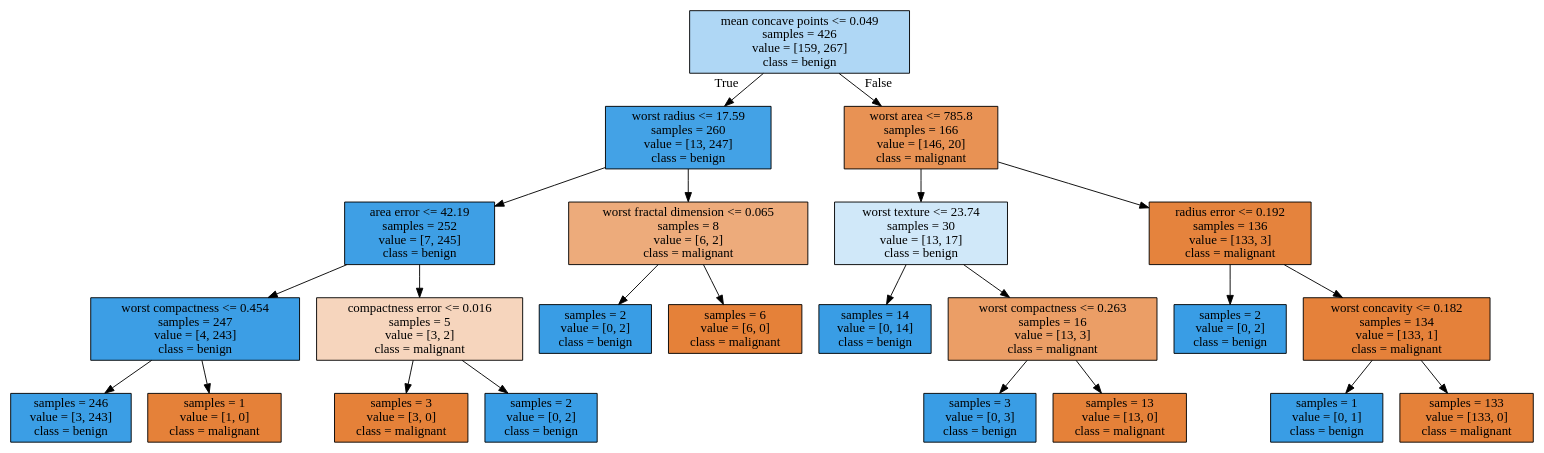
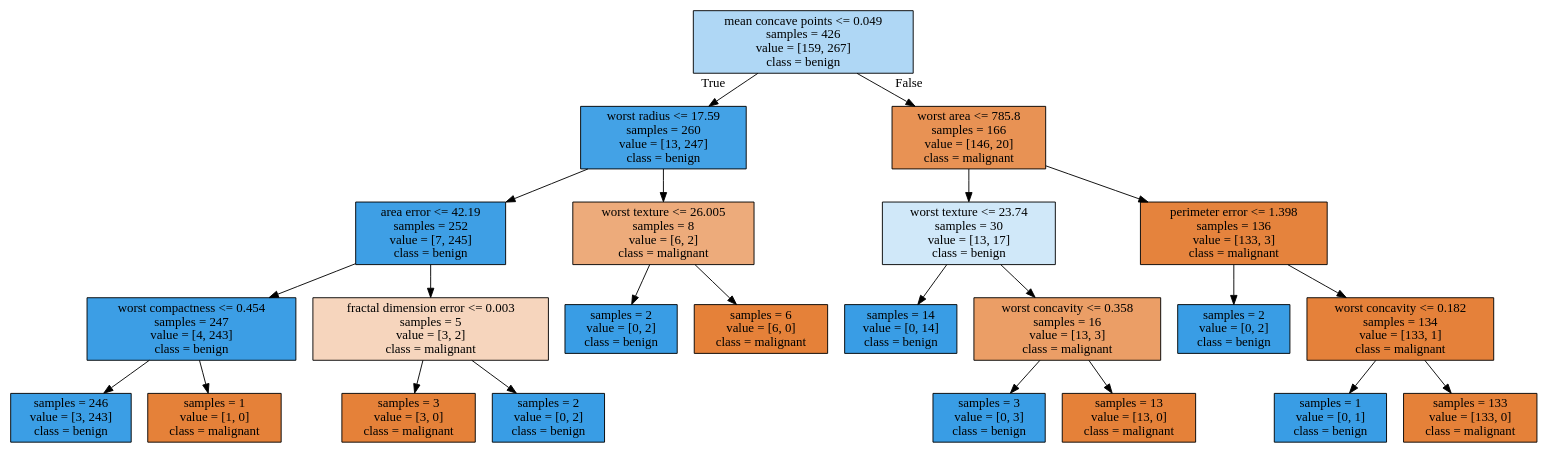
Before and after one commit to davidmilIs/Data-Clustering: the diagram in breast_tree.dot, drawn with Graphviz. The commit also changed 2 other files, not shown here.

```diff
--- a/breast_tree.dot
+++ b/breast_tree.dot
@@ -1,48 +1,48 @@
 digraph Tree {
 node [shape=box, style="filled", color="black"] ;
 0 [label="mean concave points <= 0.049\nsamples = 426\nvalue = [159, 267]\nclass = benign", fillcolor="#399de567"] ;
 1 [label="worst radius <= 17.59\nsamples = 260\nvalue = [13, 247]\nclass = benign", fillcolor="#399de5f2"] ;
 0 -> 1 [labeldistance=2.5, labelangle=45, headlabel="True"] ;
 2 [label="area error <= 42.19\nsamples = 252\nvalue = [7, 245]\nclass = benign", fillcolor="#399de5f8"] ;
 1 -> 2 ;
 3 [label="worst compactness <= 0.454\nsamples = 247\nvalue = [4, 243]\nclass = benign", fillcolor="#399de5fb"] ;
 2 -> 3 ;
 4 [label="samples = 246\nvalue = [3, 243]\nclass = benign", fillcolor="#399de5fc"] ;
 3 -> 4 ;
 5 [label="samples = 1\nvalue = [1, 0]\nclass = malignant", fillcolor="#e58139ff"] ;
 3 -> 5 ;
-6 [label="compactness error <= 0.016\nsamples = 5\nvalue = [3, 2]\nclass = malignant", fillcolor="#e5813955"] ;
+6 [label="fractal dimension error <= 0.003\nsamples = 5\nvalue = [3, 2]\nclass = malignant", fillcolor="#e5813955"] ;
 2 -> 6 ;
 7 [label="samples = 3\nvalue = [3, 0]\nclass = malignant", fillcolor="#e58139ff"] ;
 6 -> 7 ;
 8 [label="samples = 2\nvalue = [0, 2]\nclass = benign", fillcolor="#399de5ff"] ;
 6 -> 8 ;
-9 [label="worst fractal dimension <= 0.065\nsamples = 8\nvalue = [6, 2]\nclass = malignant", fillcolor="#e58139aa"] ;
+9 [label="worst texture <= 26.005\nsamples = 8\nvalue = [6, 2]\nclass = malignant", fillcolor="#e58139aa"] ;
 1 -> 9 ;
 10 [label="samples = 2\nvalue = [0, 2]\nclass = benign", fillcolor="#399de5ff"] ;
 9 -> 10 ;
 11 [label="samples = 6\nvalue = [6, 0]\nclass = malignant", fillcolor="#e58139ff"] ;
 9 -> 11 ;
 12 [label="worst area <= 785.8\nsamples = 166\nvalue = [146, 20]\nclass = malignant", fillcolor="#e58139dc"] ;
 0 -> 12 [labeldistance=2.5, labelangle=-45, headlabel="False"] ;
 13 [label="worst texture <= 23.74\nsamples = 30\nvalue = [13, 17]\nclass = benign", fillcolor="#399de53c"] ;
 12 -> 13 ;
 14 [label="samples = 14\nvalue = [0, 14]\nclass = benign", fillcolor="#399de5ff"] ;
 13 -> 14 ;
-15 [label="worst compactness <= 0.263\nsamples = 16\nvalue = [13, 3]\nclass = malignant", fillcolor="#e58139c4"] ;
+15 [label="worst concavity <= 0.358\nsamples = 16\nvalue = [13, 3]\nclass = malignant", fillcolor="#e58139c4"] ;
 13 -> 15 ;
 16 [label="samples = 3\nvalue = [0, 3]\nclass = benign", fillcolor="#399de5ff"] ;
 15 -> 16 ;
 17 [label="samples = 13\nvalue = [13, 0]\nclass = malignant", fillcolor="#e58139ff"] ;
 15 -> 17 ;
-18 [label="radius error <= 0.192\nsamples = 136\nvalue = [133, 3]\nclass = malignant", fillcolor="#e58139f9"] ;
+18 [label="perimeter error <= 1.398\nsamples = 136\nvalue = [133, 3]\nclass = malignant", fillcolor="#e58139f9"] ;
 12 -> 18 ;
 19 [label="samples = 2\nvalue = [0, 2]\nclass = benign", fillcolor="#399de5ff"] ;
 18 -> 19 ;
 20 [label="worst concavity <= 0.182\nsamples = 134\nvalue = [133, 1]\nclass = malignant", fillcolor="#e58139fd"] ;
 18 -> 20 ;
 21 [label="samples = 1\nvalue = [0, 1]\nclass = benign", fillcolor="#399de5ff"] ;
 20 -> 21 ;
 22 [label="samples = 133\nvalue = [133, 0]\nclass = malignant", fillcolor="#e58139ff"] ;
 20 -> 22 ;
 }
```
